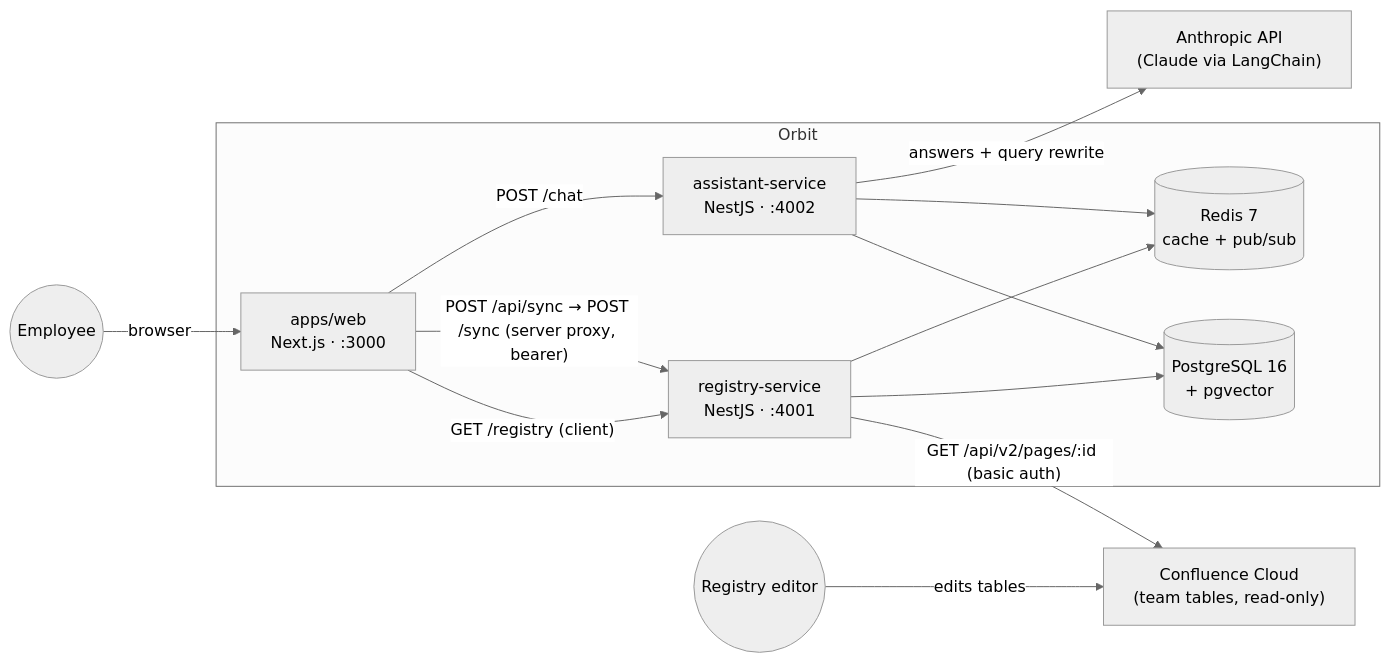
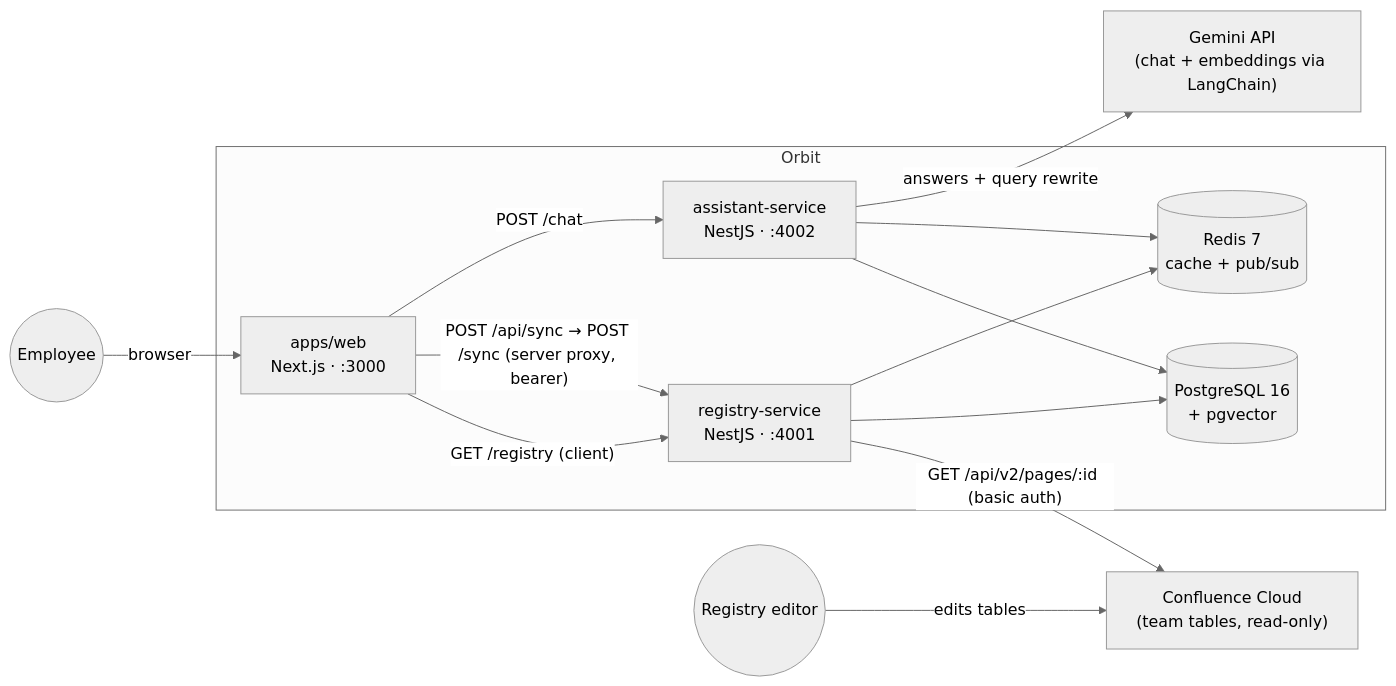
Before and after one commit to mamadfar/team-hierarchy__fullstack-microservice: the first of 2 diagrams in .doc/architecture/system-context.md, drawn with Mermaid (neutral theme). The commit also changed 71 other files, not shown here.

````diff
--- a/.doc/architecture/system-context.md
+++ b/.doc/architecture/system-context.md
@@ -5,28 +5,28 @@
 ```mermaid
 graph LR
     Employee((Employee))
     Editor((Registry editor))
 
     subgraph Orbit
         Web["apps/web<br/>Next.js · :3000"]
         Registry["registry-service<br/>NestJS · :4001"]
         Assistant["assistant-service<br/>NestJS · :4002"]
         PG[("PostgreSQL 16<br/>+ pgvector")]
         Redis[("Redis 7<br/>cache + pub/sub")]
     end
 
     Confluence["Confluence Cloud<br/>(team tables, read-only)"]
-    Anthropic["Anthropic API<br/>(Claude via LangChain)"]
+    Gemini["Gemini API<br/>(chat + embeddings via LangChain)"]
 
     Employee -->|browser| Web
     Editor -->|edits tables| Confluence
     Web -->|"GET /registry (client)"| Registry
     Web -->|"POST /api/sync → POST /sync (server proxy, bearer)"| Registry
     Web -->|"POST /chat"| Assistant
     Registry -->|"GET /api/v2/pages/:id (basic auth)"| Confluence
     Registry --> PG
     Registry --> Redis
     Assistant --> PG
     Assistant --> Redis
-    Assistant -->|answers + query rewrite| Anthropic
+    Assistant -->|answers + query rewrite| Gemini
 ```
````
